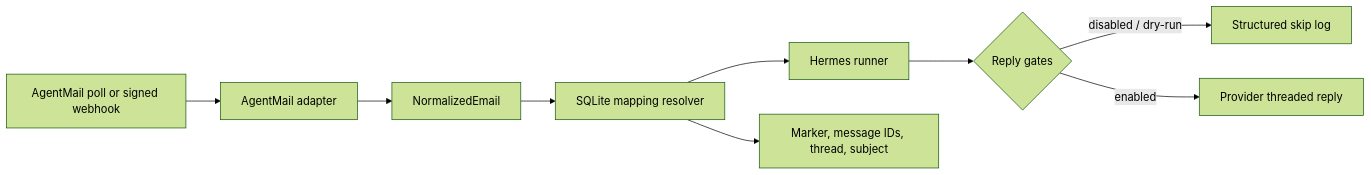
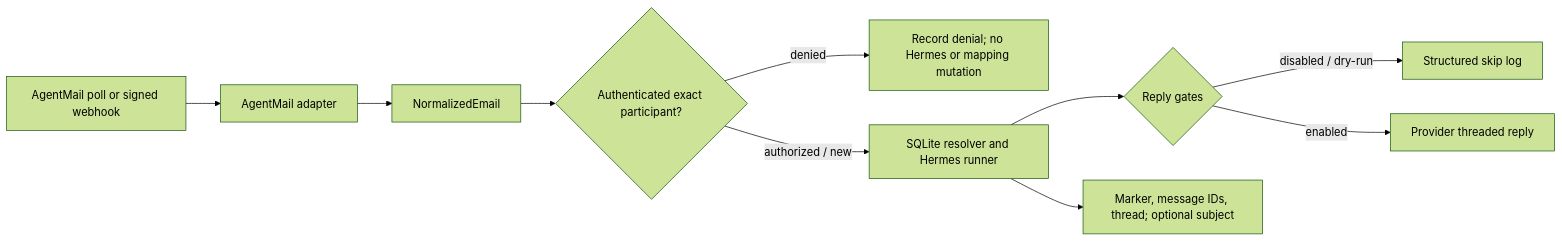
One commit to aulbricht/hermes-email-bridge changed the diagram in README.md. Above: the diagram before and after it, drawn with Mermaid (forest theme). The commit also changed other lines of this file and 18 other files, not shown here.

````diff
--- a/README.md
+++ b/README.md
@@ -151,11 +171,12 @@
 ```mermaid
 flowchart LR
     A["AgentMail poll or signed webhook"] --> B["AgentMail adapter"]
     B --> C["NormalizedEmail"]
-    C --> D["SQLite mapping resolver"]
-    D --> E["Hermes runner"]
+    C --> D{"Authenticated exact participant?"}
+    D -->|"denied"| J["Record denial; no Hermes or mapping mutation"]
+    D -->|"authorized / new"| E["SQLite resolver and Hermes runner"]
     E --> F{"Reply gates"}
     F -->|"disabled / dry-run"| G["Structured skip log"]
     F -->|"enabled"| H["Provider threaded reply"]
-    D --> I["Marker, message IDs, thread, subject"]
+    E --> I["Marker, message IDs, thread; optional subject"]
 ```
````
